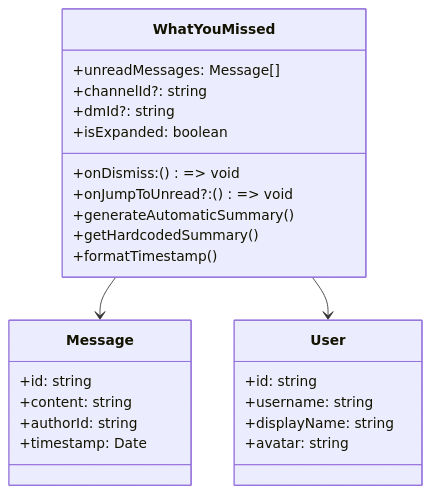
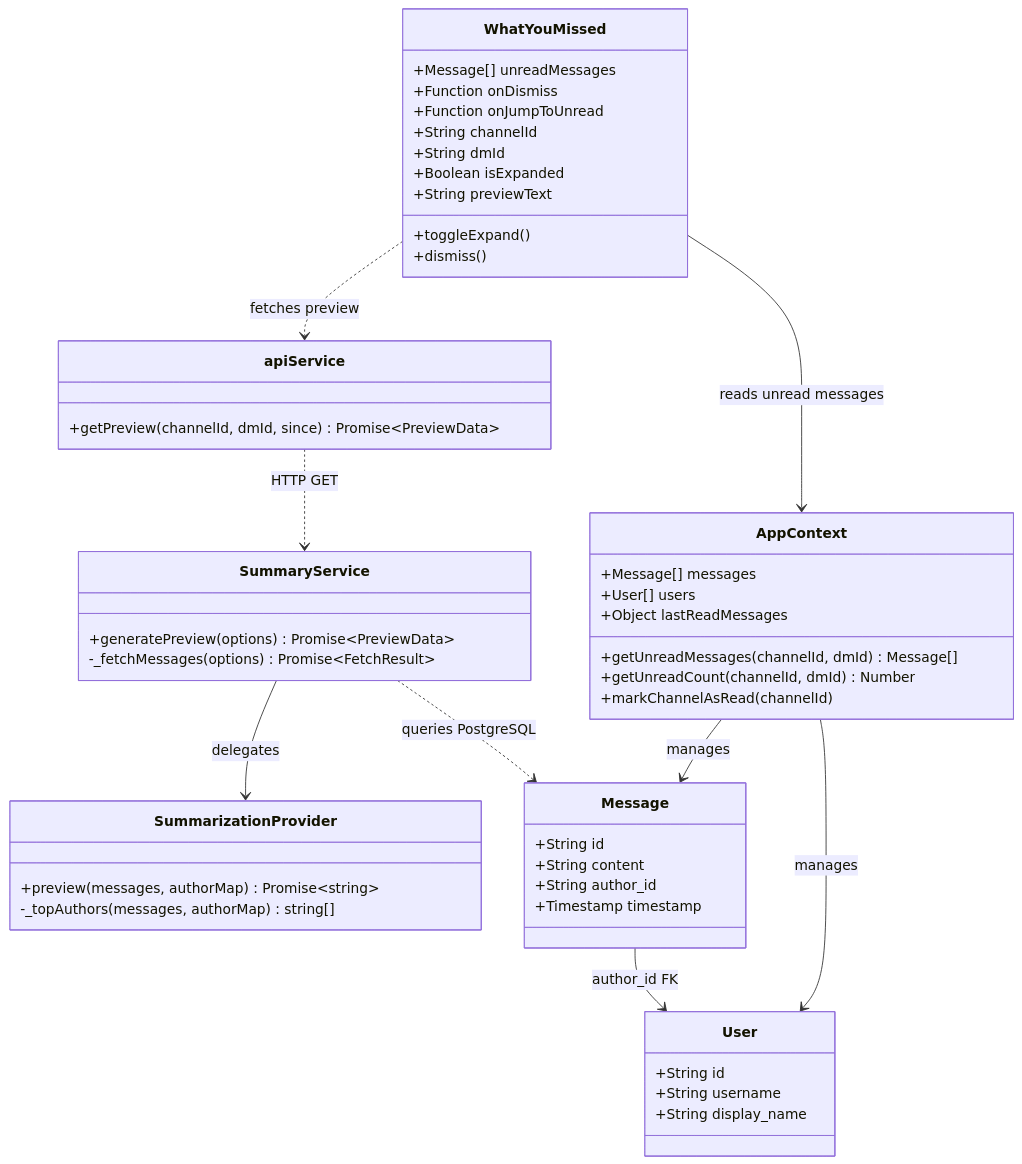
Before and after one commit to LibertyQuinzel/Web-Based-Discord-Clone: the diagram in docs/diagrams/automatic_class_diagram.mmd, drawn with Mermaid. The commit also changed 67 other files, not shown here.

Commit message:
P4: Backend implementation with tests, docs, and diagrams

```diff
--- a/docs/diagrams/automatic_class_diagram.mmd
+++ b/docs/diagrams/automatic_class_diagram.mmd
@@ -1,29 +1,64 @@
 classDiagram
+    %% What You Missed Preview (US2) - Full-Stack Class Diagram
+
     class WhatYouMissed {
-        +unreadMessages: Message[]
-        +onDismiss: () => void
-        +onJumpToUnread?: () => void
-        +channelId?: string
-        +dmId?: string
-        +isExpanded: boolean
-        +generateAutomaticSummary()
-        +getHardcodedSummary()
-        +formatTimestamp()
+        +Message[] unreadMessages
+        +Function onDismiss
+        +Function onJumpToUnread
+        +String channelId
+        +String dmId
+        +Boolean isExpanded
+        +String previewText
+        +toggleExpand()
+        +dismiss()
+    }
+
+    class AppContext {
+        +Message[] messages
+        +User[] users
+        +Object lastReadMessages
+        +getUnreadMessages(channelId, dmId) Message[]
+        +getUnreadCount(channelId, dmId) Number
+        +markChannelAsRead(channelId)
+    }
+
+    class apiService {
+        +getPreview(channelId, dmId, since) Promise~PreviewData~
+    }
+
+    class SummaryService {
+        +generatePreview(options) Promise~PreviewData~
+        -_fetchMessages(options) Promise~FetchResult~
+    }
+
+    class SummarizationProvider {
+        +preview(messages, authorMap) Promise~string~
+        -_topAuthors(messages, authorMap) string[]
     }
 
     class Message {
-        +id: string
-        +content: string
-        +authorId: string
-        +timestamp: Date
+        +String id
+        +String content
+        +String author_id
+        +Timestamp timestamp
     }
 
     class User {
-        +id: string
-        +username: string
-        +displayName: string
-        +avatar: string
+        +String id
+        +String username
+        +String display_name
     }
 
-    WhatYouMissed --> Message
-    WhatYouMissed --> User
+    %% Frontend relationships
+    WhatYouMissed --> AppContext : reads unread messages
+    AppContext --> Message : manages
+    AppContext --> User : manages
+
+    %% API boundary
+    WhatYouMissed ..> apiService : fetches preview
+    apiService ..> SummaryService : HTTP GET
+
+    %% Backend relationships
+    SummaryService --> SummarizationProvider : delegates
+    SummaryService ..> Message : queries PostgreSQL
+    Message --> User : author_id FK
```
